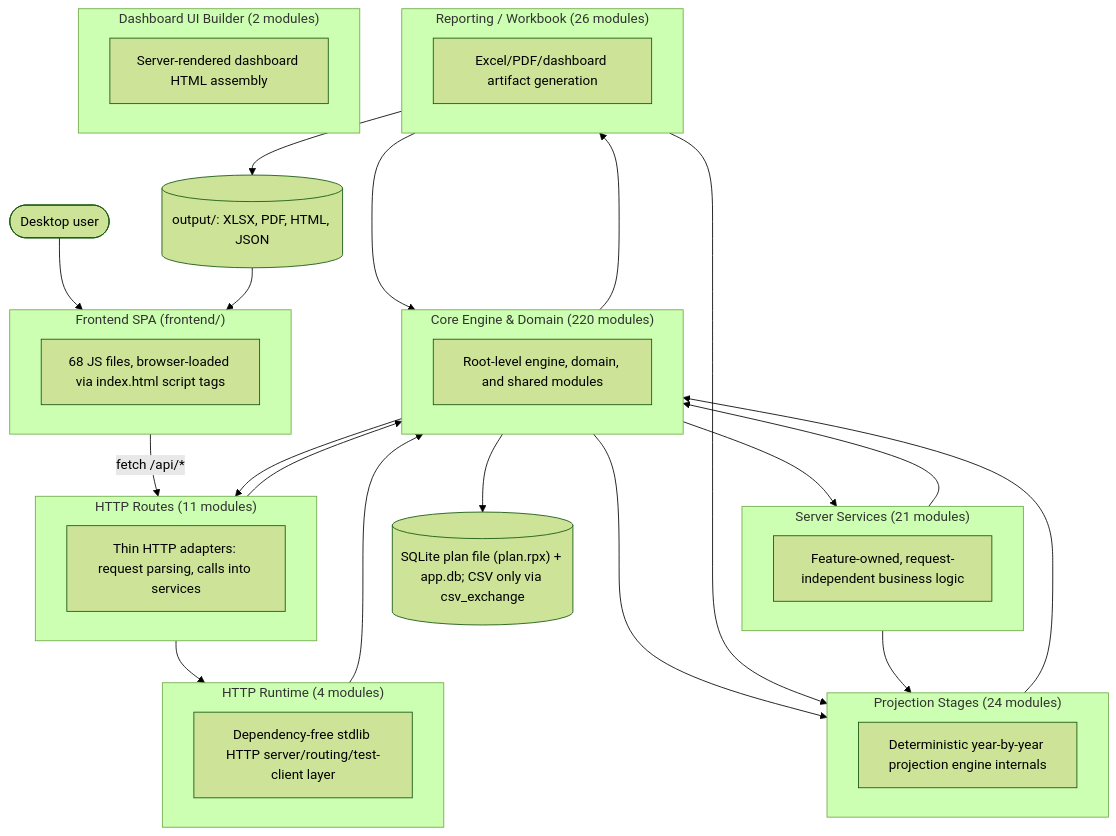
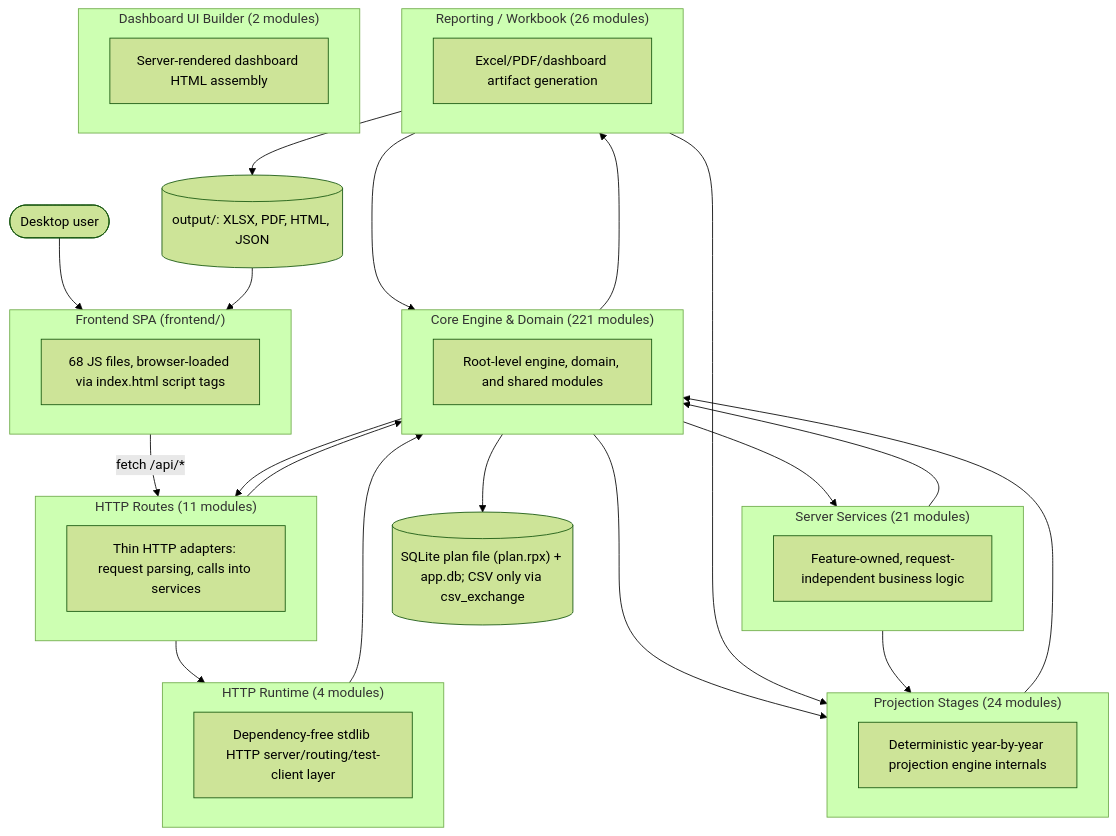
One commit to matthartzman/retirement_system changed the first of 2 diagrams in documentation/reference/SYSTEM_ARCHITECTURE_DIAGRAM.md. Above: the diagram before and after it, drawn with Mermaid (forest theme). The commit also changed other lines of this file, not shown here.

Commit message:
Regenerate architecture diagram after merging main

````diff
--- a/documentation/reference/SYSTEM_ARCHITECTURE_DIAGRAM.md
+++ b/documentation/reference/SYSTEM_ARCHITECTURE_DIAGRAM.md
@@ -11,44 +11,44 @@
 ```mermaid
 flowchart TB
     User(["Desktop user"]) --> FE
     subgraph FE["Frontend SPA (frontend/)"]
         FEcount["68 JS files, browser-loaded via index.html script tags"]
     end
     FE -->|fetch /api/*| L_HTTP_Routes
     subgraph L_HTTP_Routes["HTTP Routes (11 modules)"]
         L_HTTP_Routes_d["Thin HTTP adapters: request parsing, calls into services"]
     end
     subgraph L_Server_Services["Server Services (21 modules)"]
         L_Server_Services_d["Feature-owned, request-independent business logic"]
     end
     subgraph L_HTTP_Runtime["HTTP Runtime (4 modules)"]
         L_HTTP_Runtime_d["Dependency-free stdlib HTTP server/routing/test-client layer"]
     end
-    subgraph L_Core_Engine___Domain["Core Engine & Domain (220 modules)"]
+    subgraph L_Core_Engine___Domain["Core Engine & Domain (221 modules)"]
         L_Core_Engine___Domain_d["Root-level engine, domain, and shared modules"]
     end
     subgraph L_Projection_Stages["Projection Stages (24 modules)"]
         L_Projection_Stages_d["Deterministic year-by-year projection engine internals"]
     end
     subgraph L_Reporting___Workbook["Reporting / Workbook (26 modules)"]
         L_Reporting___Workbook_d["Excel/PDF/dashboard artifact generation"]
     end
     subgraph L_Dashboard_UI_Builder["Dashboard UI Builder (2 modules)"]
         L_Dashboard_UI_Builder_d["Server-rendered dashboard HTML assembly"]
     end
     L_Core_Engine___Domain --> L_HTTP_Routes
     L_Core_Engine___Domain --> L_Projection_Stages
     L_Core_Engine___Domain --> L_Reporting___Workbook
     L_Core_Engine___Domain --> L_Server_Services
     L_HTTP_Routes --> L_Core_Engine___Domain
     L_HTTP_Routes --> L_HTTP_Runtime
     L_HTTP_Runtime --> L_Core_Engine___Domain
     L_Projection_Stages --> L_Core_Engine___Domain
     L_Reporting___Workbook --> L_Core_Engine___Domain
     L_Reporting___Workbook --> L_Projection_Stages
     L_Server_Services --> L_Core_Engine___Domain
     L_Server_Services --> L_Projection_Stages
     L_Core_Engine___Domain --> DB[("SQLite plan file (plan.rpx) + app.db; CSV only via csv_exchange")]
     L_Reporting___Workbook --> Outputs[("output/: XLSX, PDF, HTML, JSON")]
     Outputs --> FE
 ```
````
